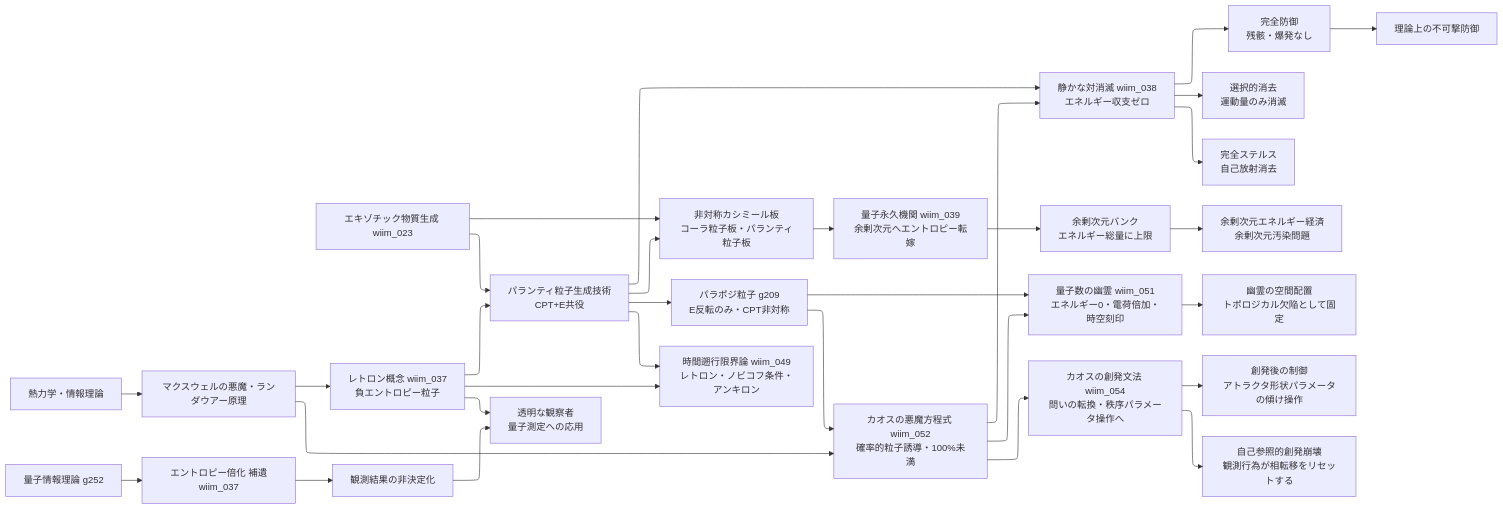
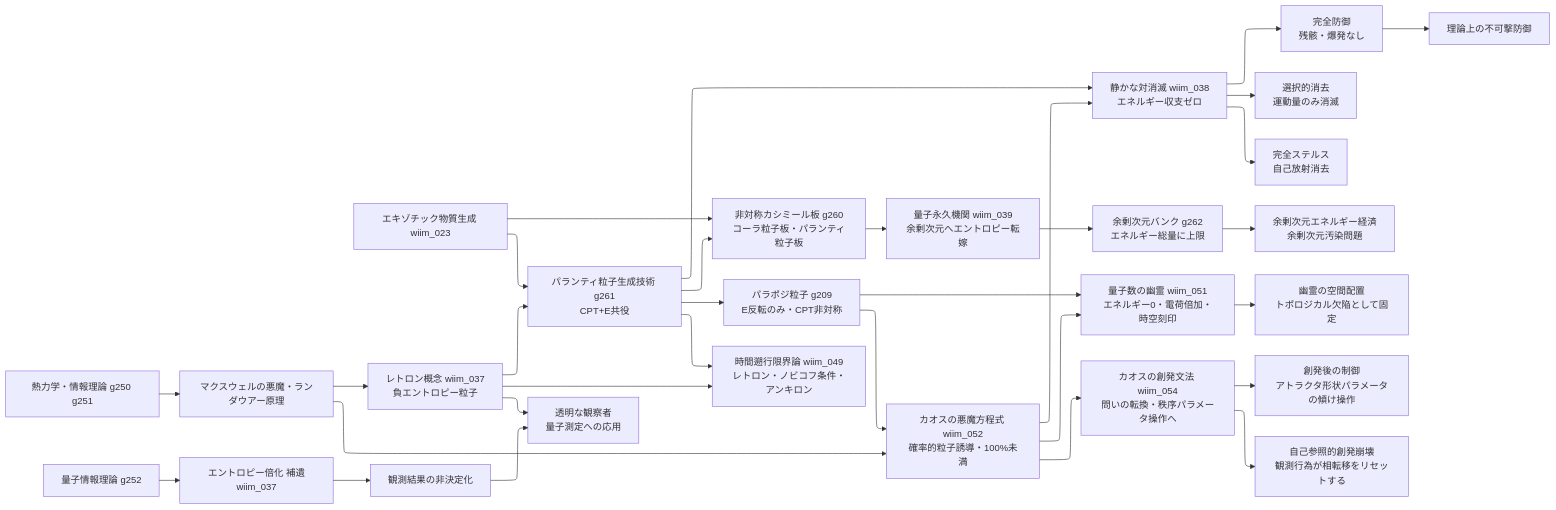
The fourth of 11 diagrams in docs/notes/tech_tree.md (theronium/WhatIfImpossible), drawn with Mermaid before and after one commit. The commit also changed other lines of this file and 18 other files, not shown here.

````diff
--- a/docs/notes/tech_tree.md
+++ b/docs/notes/tech_tree.md
@@ -184,45 +184,45 @@
 ```mermaid
 %%{init: {"layout": "elk"}}%%
 flowchart LR
-    E1[熱力学・情報理論]
+    E1[熱力学・情報理論 g250 g251]
     E2[エキゾチック物質生成 wiim_023]
     E3[量子情報理論 g252]
 
     E1 --> E4[マクスウェルの悪魔・ランダウアー原理]
     E4 --> E5[レトロン概念 wiim_037\n負エントロピー粒子]
-    E2 --> E6[パランティ粒子生成技術\nCPT+E共役]
+    E2 --> E6[パランティ粒子生成技術 g261\nCPT+E共役]
     E5 --> E6
     E6 --> E7[静かな対消滅 wiim_038\nエネルギー収支ゼロ]
 
     E7 --> E8[完全防御\n残骸・爆発なし]
     E7 --> E9[選択的消去\n運動量のみ消滅]
     E7 --> E10[完全ステルス\n自己放射消去]
     E8 --> E11[理論上の不可撃防御]
 
     E3 --> E12[エントロピー倍化 補遺wiim_037]
     E12 --> E13[観測結果の非決定化]
     E13 --> E14[透明な観察者\n量子測定への応用]
     E5 --> E14
 
-    E2 --> E15[非対称カシミール板\nコーラ粒子板・パランティ粒子板]
+    E2 --> E15[非対称カシミール板 g260\nコーラ粒子板・パランティ粒子板]
     E6 --> E15
     E15 --> E16[量子永久機関 wiim_039\n余剰次元へエントロピー転嫁]
-    E16 --> E17[余剰次元バンク\nエネルギー総量に上限]
+    E16 --> E17[余剰次元バンク g262\nエネルギー総量に上限]
     E17 --> E18[余剰次元エネルギー経済\n余剰次元汚染問題]
 
     E6 --> E19[パラポジ粒子 g209\nE反転のみ・CPT非対称]
     E19 --> E20[量子数の幽霊 wiim_051\nエネルギー0・電荷倍加・時空刻印]
     E20 --> E21[幽霊の空間配置\nトポロジカル欠陥として固定]
 
     E4 --> E22[カオスの悪魔方程式 wiim_052\n確率的粒子誘導・100%未満]
     E19 --> E22
     E22 --> E7
     E22 --> E20
 
     E22 --> E24[カオスの創発文法 wiim_054\n問いの転換・秩序パラメータ操作へ]
     E24 --> E25[創発後の制御\nアトラクタ形状パラメータの傾け操作]
     E24 --> E26[自己参照的創発崩壊\n観測行為が相転移をリセットする]
 
     E5 --> E23[時間遡行限界論 wiim_049\nレトロン・ノビコフ条件・アンキロン]
     E6 --> E23
 ```
````
